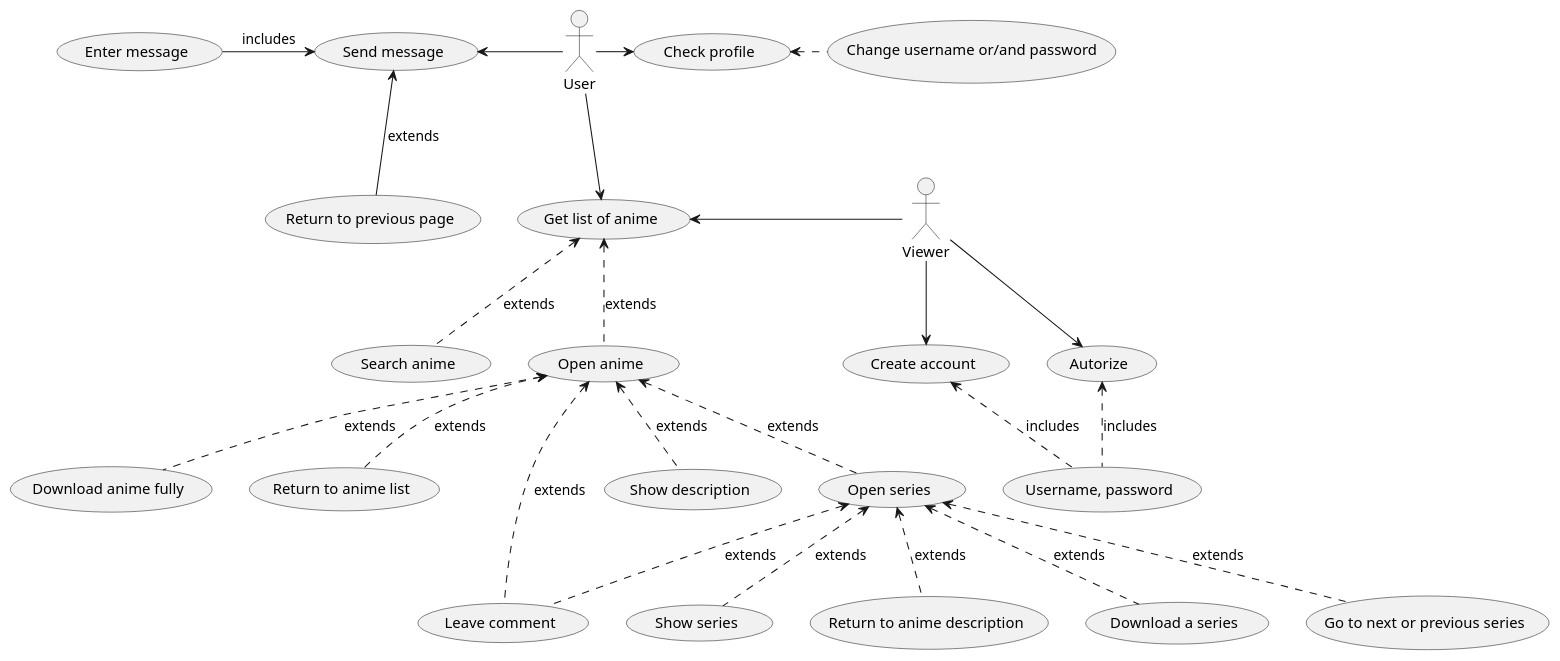
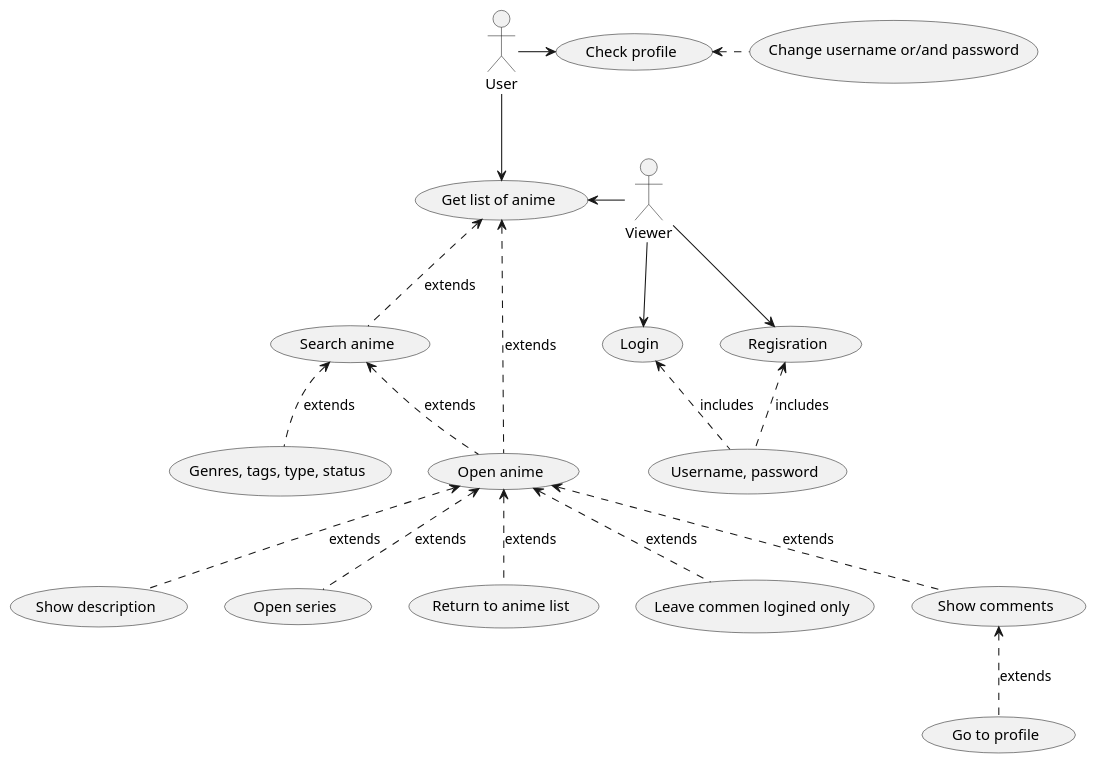
The diagram in docs/diagrams/usecase.plantuml (undiscoveredWorld/animeWatch), drawn with PlantUML before and after one commit. The commit also changed 4 other files, not shown here.

```diff
--- a/docs/diagrams/usecase.plantuml
+++ b/docs/diagrams/usecase.plantuml
@@ -1,38 +1,33 @@
 @startuml usecase
 
 actor Viewer
 actor User
 
 (Get list of anime) as animeList
 
-Viewer --> (Autorize)
-Viewer --> (Create account)
+Viewer --> (Login)
+Viewer --> (Regisration)
 Viewer -left-> animeList
-(Autorize) <.- (Username, password) : includes
-(Create account) <.- (Username, password) : includes
+(Login) <.- (Username, password) : includes
+(Regisration) <.- (Username, password) : includes
 
 (Check profile) as profile
 User -> profile
 profile <. (Change username or/and password)
 
 User --> animeList
+
 animeList <.- (Search anime) : extends
+(Search anime) <.- (Genres, tags, type, status) : extends
+(Search anime) <.- (Open anime) : extends
+
 animeList <.- (Open anime) : extends
 (Open anime) <.- (Show description) : extends
 (Open anime) <.- (Open series) : extends
-(Open anime) <.- (Download anime fully) : extends
 (Open anime) <.- (Return to anime list) : extends
-(Open anime) <.- (Leave comment) : extends
-(Open series) <.- (Show series) : extends
-(Open series) <.- (Return to anime description) : extends
-(Open series) <.- (Download a series) : extends
-(Open series) <.- (Go to next or previous series) : extends
-(Open series) <.- (Leave comment) : extends
-
-
-User -left-> (Send message)
-(Send message) <-left- (Enter message) : includes
-(Return to previous page) -up-> (Send message) : extends
+(Open anime) <.- (Leave commen logined only) : extends
+(Open anime) <.- (Show comments) : extends
+(Show comments) <.- (Go to profile) : extends
 
 
 @enduml
```
